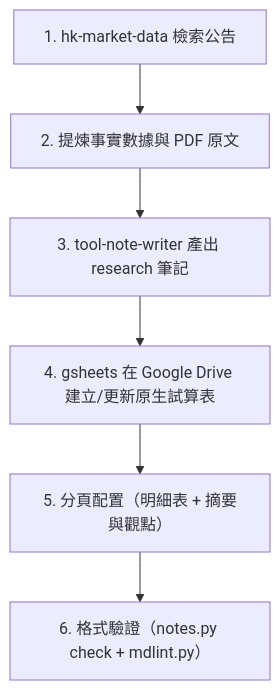
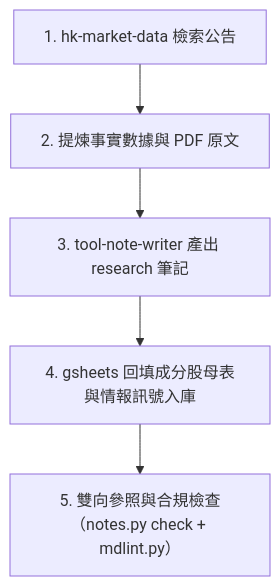
Before and after one commit to HachiTsai/Investment_Tracker: the diagram in .claude/workflows/component-dividend-investigation.md, drawn with Mermaid. The commit also changed other lines of this file and 5 other files, not shown here.

````diff
--- a/.claude/workflows/component-dividend-investigation.md
+++ b/.claude/workflows/component-dividend-investigation.md
@@ -17,8 +17,7 @@
 ```mermaid
 flowchart TD
     A["1. hk-market-data 檢索公告"] --> B["2. 提煉事實數據與 PDF 原文"]
     B --> C["3. tool-note-writer 產出 research 筆記"]
-    C --> D["4. gsheets 在 Google Drive 建立/更新原生試算表"]
-    D --> E["5. 分頁配置（明細表 + 摘要與觀點）"]
-    E --> F["6. 格式驗證（notes.py check + mdlint.py）"]
+    C --> D["4. gsheets 回填成分股母表與情報訊號入庫"]
+    D --> E["5. 雙向參照與合規檢查（notes.py check + mdlint.py）"]
 ```
````
